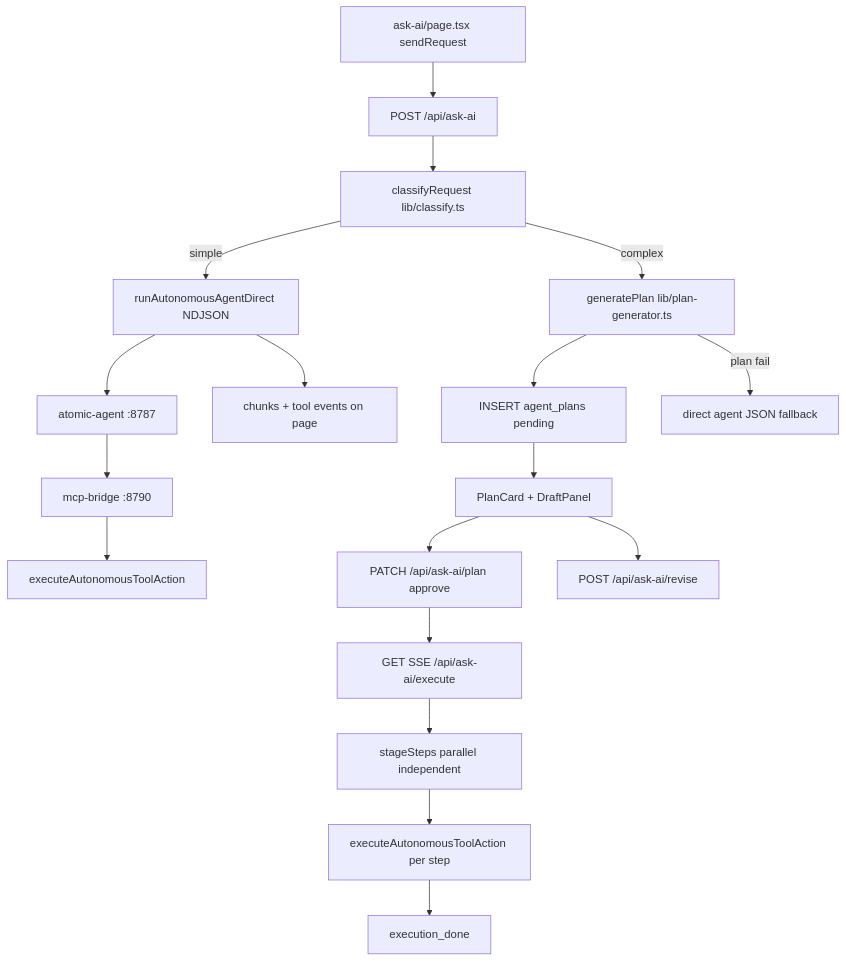
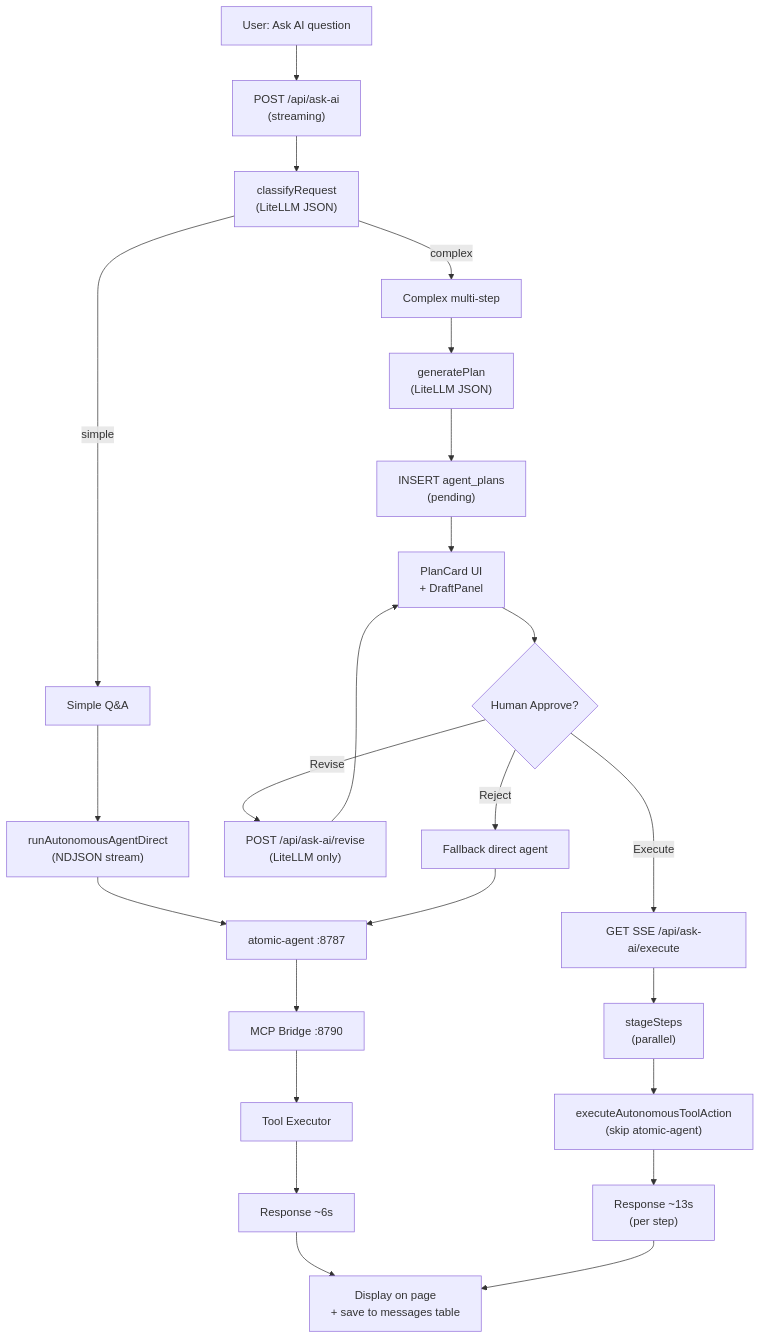
Before and after one commit to Siddhantdamre/Agentic-OS: the third of 20 diagrams in docs/current-working/02-architecture-diagrams.md, drawn with Mermaid. The commit also changed other lines of this file, not shown here.

First line of the commit message:
docs: add 20 comprehensive architecture diagrams to 02-architecture-diagrams.md

````diff
--- a/docs/current-working/02-architecture-diagrams.md
+++ b/docs/current-working/02-architecture-diagrams.md
@@ -63,21 +119,29 @@
 ```mermaid
 flowchart TD
-  UI["ask-ai/page.tsx sendRequest"] --> POST["POST /api/ask-ai"]
-  POST --> CL["classifyRequest lib/classify.ts"]
-  CL -->|simple| AG["runAutonomousAgentDirect NDJSON"]
-  AG --> AA["atomic-agent :8787"]
-  AA --> MCP["mcp-bridge :8790"]
-  MCP --> TE["executeAutonomousToolAction"]
-  AG --> UI2["chunks + tool events on page"]
+  Start["User: Ask AI question"] --> Input["POST /api/ask-ai<br/>(streaming)"]
+  Input --> Classify["classifyRequest<br/>(LiteLLM JSON)"]
 
-  CL -->|complex| PL["generatePlan lib/plan-generator.ts"]
-  PL --> DB["INSERT agent_plans pending"]
-  DB --> CARD["PlanCard + DraftPanel"]
-  CARD --> AP["PATCH /api/ask-ai/plan approve"]
-  AP --> EX["GET SSE /api/ask-ai/execute"]
-  EX --> STAGE["stageSteps parallel independent"]
-  STAGE --> TE2["executeAutonomousToolAction per step"]
-  TE2 --> DONE["execution_done"]
-  PL -->|plan fail| FB["direct agent JSON fallback"]
-  CARD --> RV["POST /api/ask-ai/revise"]
+  Classify -->|simple| SimplePath["Simple Q&A"]
+  SimplePath --> DirectAgent["runAutonomousAgentDirect<br/>(NDJSON stream)"]
+  DirectAgent --> AA1["atomic-agent :8787"]
+  AA1 --> MCP1["MCP Bridge :8790"]
+  MCP1 --> Exec1["Tool Executor"]
+  Exec1 --> Result1["Response ~6s"]
+
+  Classify -->|complex| ComplexPath["Complex multi-step"]
+  ComplexPath --> Plan["generatePlan<br/>(LiteLLM JSON)"]
+  Plan --> SavePlan["INSERT agent_plans<br/>(pending)"]
+  SavePlan --> UI["PlanCard UI<br/>+ DraftPanel"]
+  UI --> Approve{Human Approve?}
+  Approve -->|Revise| Revise["POST /api/ask-ai/revise<br/>(LiteLLM only)"]
+  Revise --> UI
+  Approve -->|Execute| Execute["GET SSE /api/ask-ai/execute"]
+  Execute --> Stage["stageSteps<br/>(parallel)"]
+  Stage --> ParallelExec["executeAutonomousToolAction<br/>(skip atomic-agent)"]
+  ParallelExec --> Result2["Response ~13s<br/>(per step)"]
+  Approve -->|Reject| Reject["Fallback direct agent"]
+  Reject --> AA1
+
+  Result1 --> Display["Display on page<br/>+ save to messages table"]
+  Result2 --> Display
 ```
````
